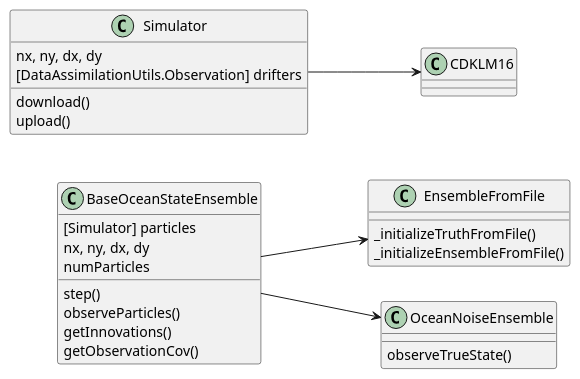
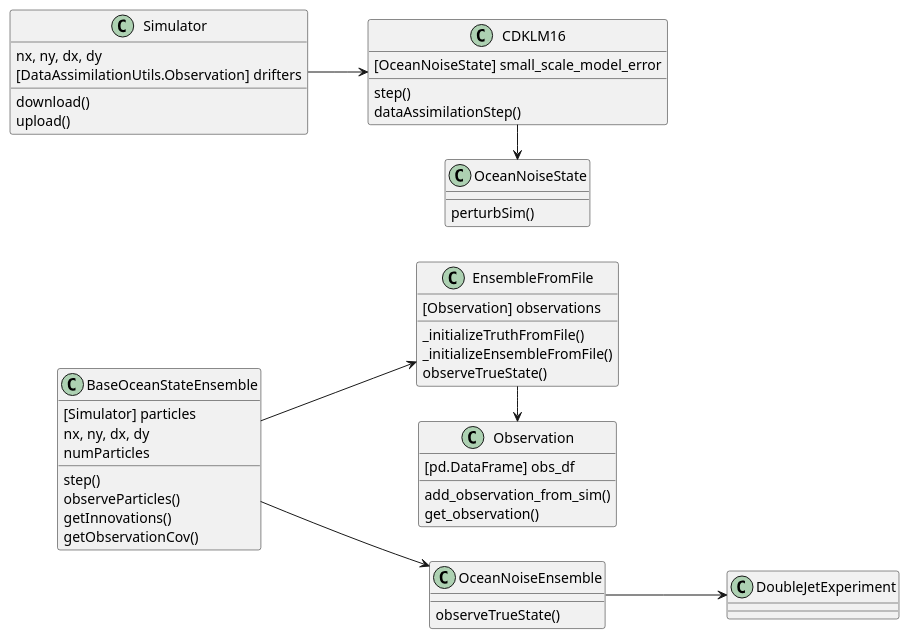
One commit to metno/gpu-ocean changed the diagram in UMLdiagrams/classes.wsd. Above: the diagram before and after it, drawn with PlantUML. The commit also changed 3 other files, not shown here.

```diff
--- a/UMLdiagrams/classes.wsd
+++ b/UMLdiagrams/classes.wsd
@@ -1,38 +1,67 @@
 @startuml
 
 left to right direction
 
+
 class BaseOceanStateEnsemble
 class EnsembleFromFile
 class OceanNoiseEnsemble
+class DoubleJetExperiment
 
-BaseOceanStateEnsemble --> EnsembleFromFile
-BaseOceanStateEnsemble --> OceanNoiseEnsemble
+
 
 BaseOceanStateEnsemble : [Simulator] particles
 BaseOceanStateEnsemble : nx, ny, dx, dy
 BaseOceanStateEnsemble : numParticles
 
 BaseOceanStateEnsemble : step()
 BaseOceanStateEnsemble : observeParticles()
 BaseOceanStateEnsemble : getInnovations()
 BaseOceanStateEnsemble : getObservationCov()
 
+BaseOceanStateEnsemble --> EnsembleFromFile
+
+EnsembleFromFile : [Observation] observations
+
 EnsembleFromFile : _initializeTruthFromFile()
 EnsembleFromFile : _initializeEnsembleFromFile()
+EnsembleFromFile : observeTrueState()
+
+EnsembleFromFile -> Observation
+
+Observation : [pd.DataFrame] obs_df
+
+Observation : add_observation_from_sim()
+Observation : get_observation()
+
+BaseOceanStateEnsemble --> OceanNoiseEnsemble
 
 OceanNoiseEnsemble : observeTrueState()
+
+OceanNoiseEnsemble --> DoubleJetExperiment
+
 
 
 class Simulator
 class CDKLM16
+
+class OceanNoiseState
 
 Simulator --> CDKLM16
 
 Simulator : nx, ny, dx, dy
 Simulator : [DataAssimilationUtils.Observation] drifters
 
 Simulator : download()
 Simulator : upload()
 
+CDKLM16 : [OceanNoiseState] small_scale_model_error
+
+CDKLM16 : step()
+CDKLM16 : dataAssimilationStep()
+
+CDKLM16 -> OceanNoiseState
+
+OceanNoiseState : perturbSim()
+
 @enduml
```
